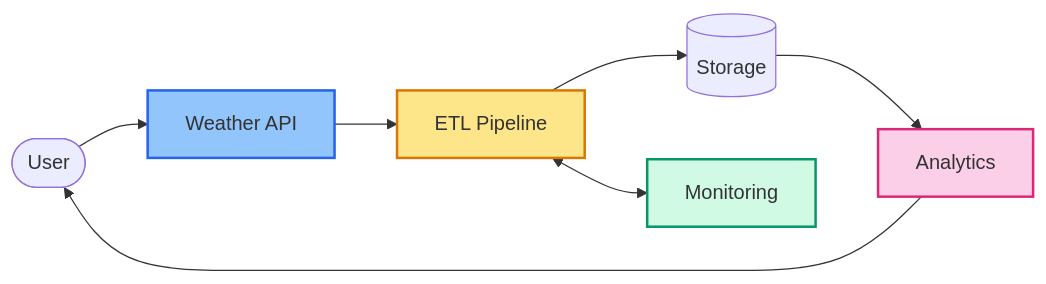
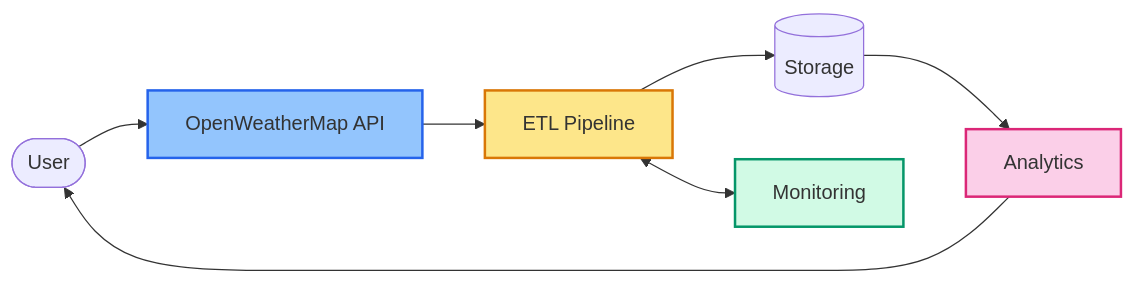
The first of 4 diagrams in README.md (fahmizainal17/OpenWeatherMap_Data_Pipeline_Engineering_Project), drawn with Mermaid before and after one commit. The commit also changed other lines of this file, not shown here.

````diff
--- a/README.md
+++ b/README.md
@@ -18,21 +27,21 @@
 ```mermaid
 flowchart LR
     User([User])
-    API[Weather API]
+    API[OpenWeatherMap API]
     ETL[ETL Pipeline]
     DB[(Storage)]
     Monitor[Monitoring]
     Insight[Analytics]
     
     User --> API
     API --> ETL
     ETL --> DB
     DB --> Insight
     ETL <--> Monitor
     Insight --> User
     
     style API fill:#93c5fd,stroke:#2563eb,stroke-width:2px
     style ETL fill:#fde68a,stroke:#d97706,stroke-width:2px
     style Monitor fill:#d1fae5,stroke:#059669,stroke-width:2px
     style Insight fill:#fbcfe8,stroke:#db2777,stroke-width:2px
 ```
````
